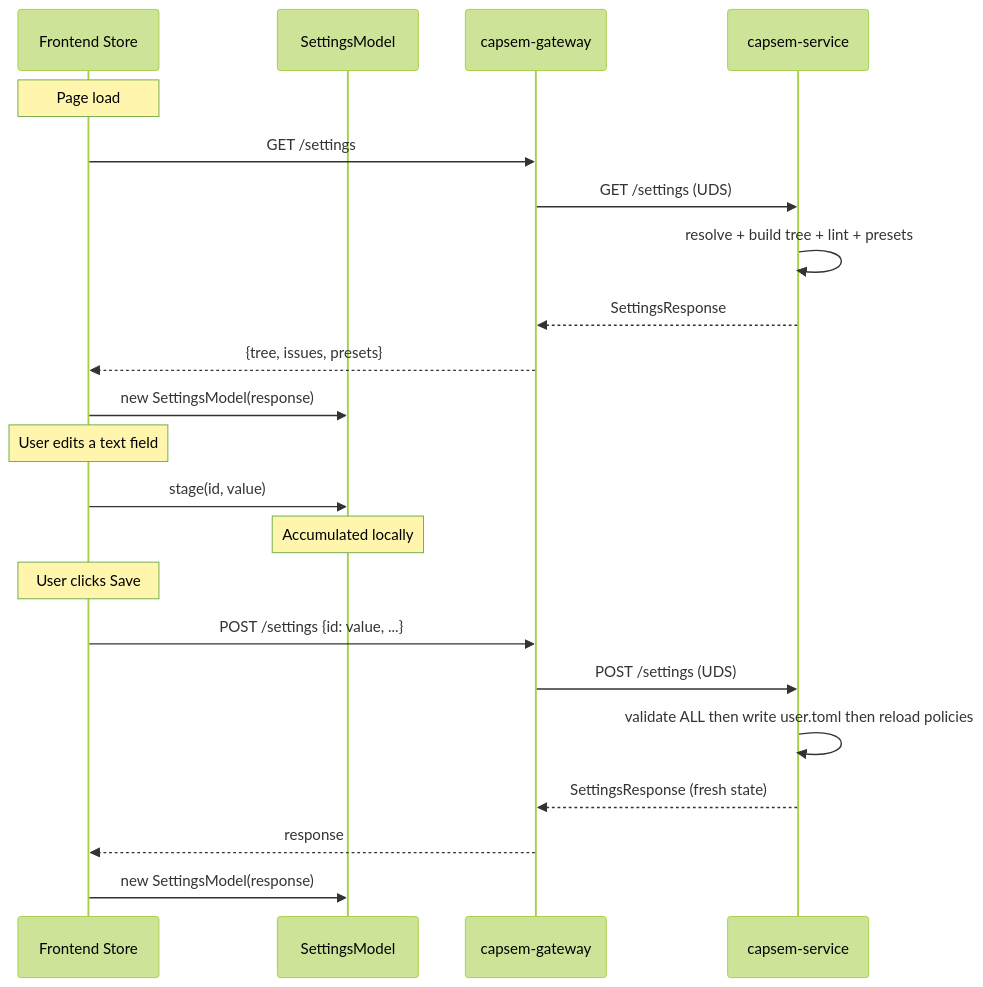
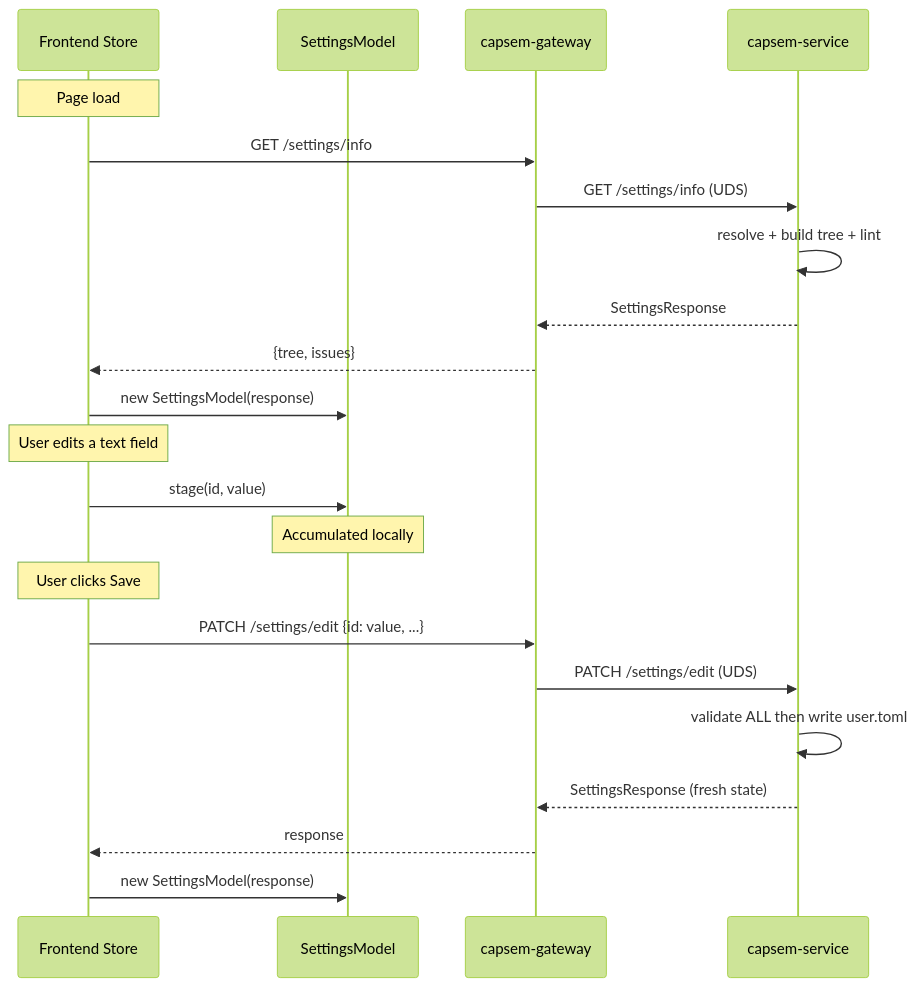
The fourth of 7 diagrams in docs/src/content/docs/architecture/settings.md (google/capsem), drawn with Mermaid (forest theme) before and after one commit. The commit also changed other lines of this file and 8 other files, not shown here.

````diff
--- a/docs/src/content/docs/architecture/settings.md
+++ b/docs/src/content/docs/architecture/settings.md
@@ -176,27 +178,27 @@
 ```mermaid
 sequenceDiagram
   participant UI as Frontend Store
   participant M as SettingsModel
   participant GW as capsem-gateway
   participant SVC as capsem-service
 
   Note over UI: Page load
-  UI->>GW: GET /settings
-  GW->>SVC: GET /settings (UDS)
-  SVC->>SVC: resolve + build tree + lint + presets
+  UI->>GW: GET /settings/info
+  GW->>SVC: GET /settings/info (UDS)
+  SVC->>SVC: resolve + build tree + lint
   SVC-->>GW: SettingsResponse
-  GW-->>UI: {tree, issues, presets}
+  GW-->>UI: {tree, issues}
   UI->>M: new SettingsModel(response)
 
   Note over UI: User edits a text field
   UI->>M: stage(id, value)
   Note over M: Accumulated locally
 
   Note over UI: User clicks Save
-  UI->>GW: POST /settings {id: value, ...}
-  GW->>SVC: POST /settings (UDS)
-  SVC->>SVC: validate ALL then write user.toml then reload policies
+  UI->>GW: PATCH /settings/edit {id: value, ...}
+  GW->>SVC: PATCH /settings/edit (UDS)
+  SVC->>SVC: validate ALL then write user.toml
   SVC-->>GW: SettingsResponse (fresh state)
   GW-->>UI: response
   UI->>M: new SettingsModel(response)
 ```
````
